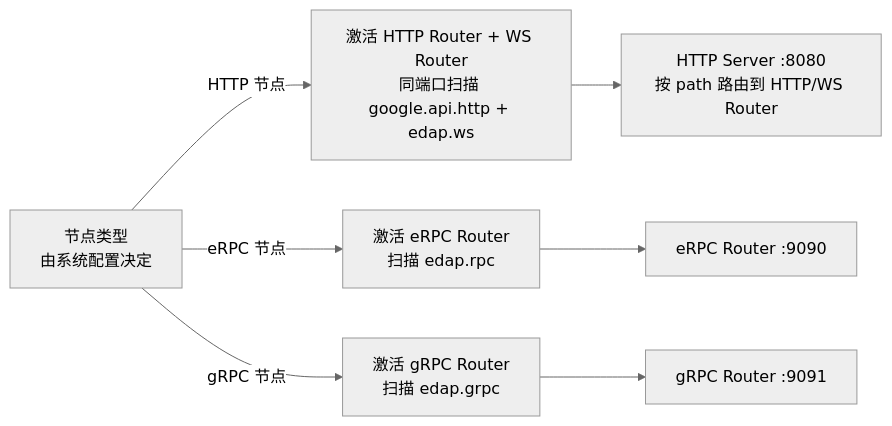
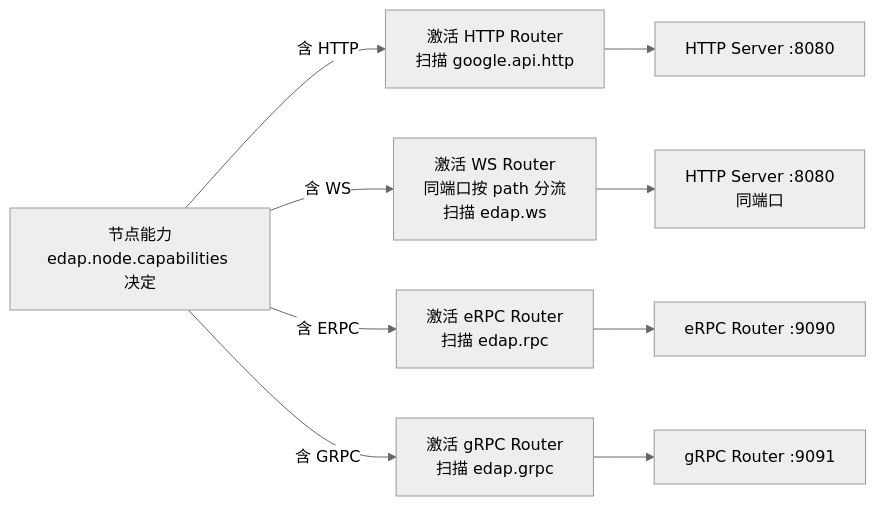
Diagram 21 of 42 in README.md (edap-io/edap), drawn with Mermaid (neutral theme) before and after one commit. The commit also changed other lines of this file and 22 other files, not shown here.

````diff
--- a/README.md
+++ b/README.md
@@ -1417,11 +1417,13 @@
 ```mermaid
 flowchart LR
-    NodeType[节点类型<br/>由系统配置决定]
-    NodeType -->|HTTP 节点| Reg1[激活 HTTP Router + WS Router<br/>同端口扫描 google.api.http + edap.ws]
-    NodeType -->|eRPC 节点| Reg2[激活 eRPC Router<br/>扫描 edap.rpc]
-    NodeType -->|gRPC 节点| Reg3[激活 gRPC Router<br/>扫描 edap.grpc]
+    Caps[节点能力<br/>edap.node.capabilities 决定]
+    Caps -->|含 HTTP| Reg1[激活 HTTP Router<br/>扫描 google.api.http]
+    Caps -->|含 WS| Reg2[激活 WS Router<br/>同端口按 path 分流<br/>扫描 edap.ws]
+    Caps -->|含 ERPC| Reg3[激活 eRPC Router<br/>扫描 edap.rpc]
+    Caps -->|含 GRPC| Reg4[激活 gRPC Router<br/>扫描 edap.grpc]
 
-    Reg1 --> R1[HTTP Server :8080<br/>按 path 路由到 HTTP/WS Router]
-    Reg2 --> R2[eRPC Router :9090]
-    Reg3 --> R3[gRPC Router :9091]
+    Reg1 --> R1[HTTP Server :8080]
+    Reg2 --> R2[HTTP Server :8080<br/>同端口]
+    Reg3 --> R3[eRPC Router :9090]
+    Reg4 --> R4[gRPC Router :9091]
 ```
````
